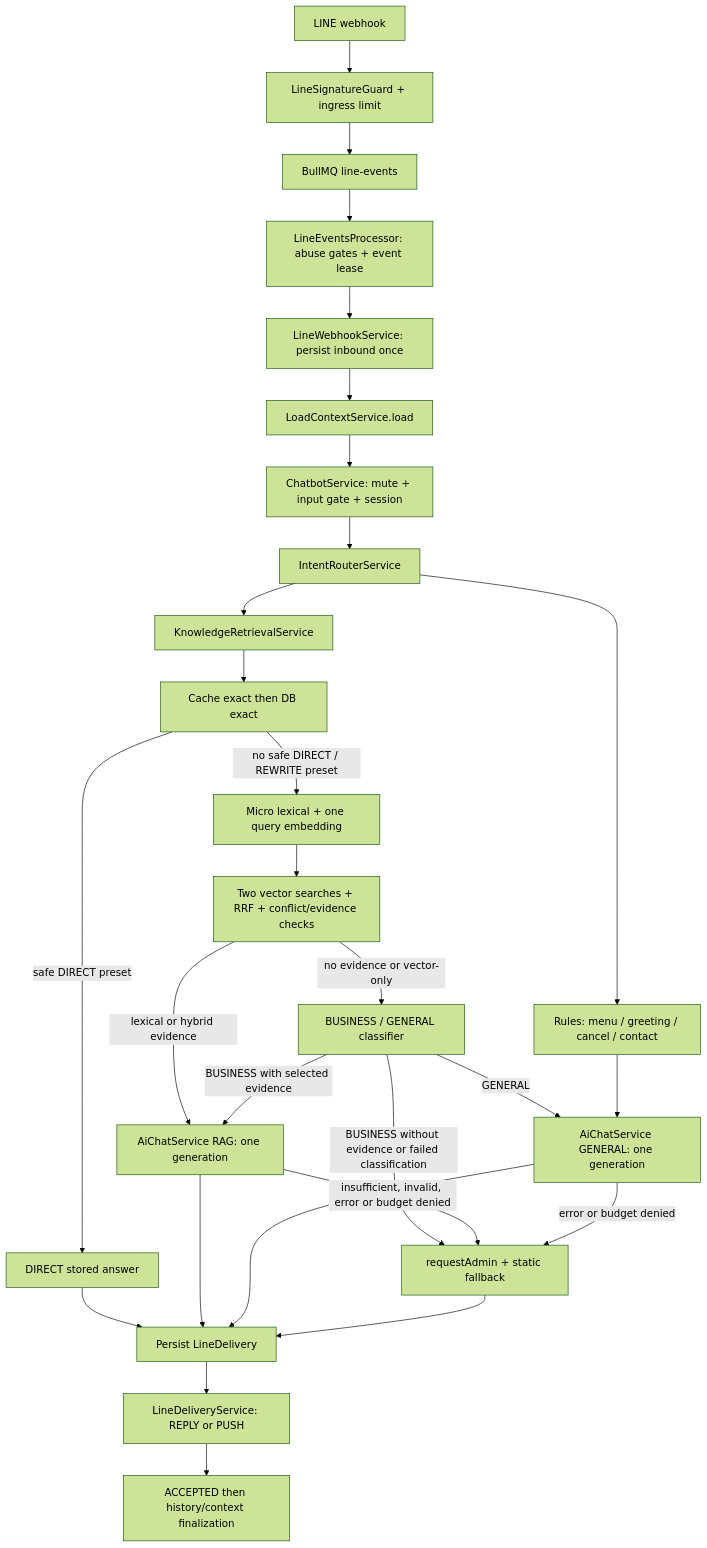
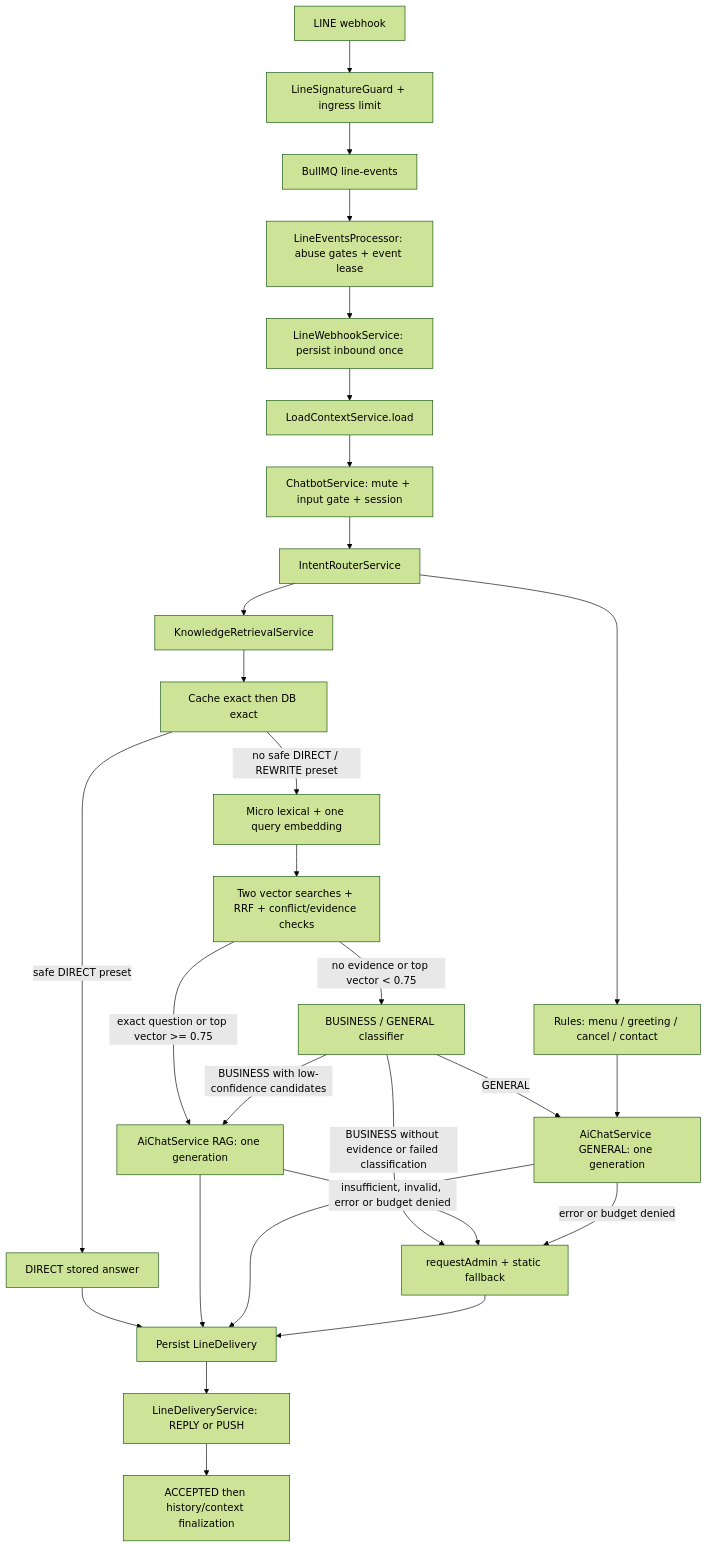
Before and after one commit to Codeine999/chatbot-agents: the diagram in docs/ai-chatbot-architecture.md, drawn with Mermaid (forest theme). The commit also changed other lines of this file and 6 other files, not shown here.

````diff
--- a/docs/ai-chatbot-architecture.md
+++ b/docs/ai-chatbot-architecture.md
@@ -11,30 +11,30 @@
 ```mermaid
 flowchart TD
   A[LINE webhook] --> B[LineSignatureGuard + ingress limit]
   B --> C[BullMQ line-events]
   C --> D[LineEventsProcessor: abuse gates + event lease]
   D --> E[LineWebhookService: persist inbound once]
   E --> F[LoadContextService.load]
   F --> G[ChatbotService: mute + input gate + session]
   G --> H[IntentRouterService]
   H --> I[Rules: menu / greeting / cancel / contact]
   H --> J[KnowledgeRetrievalService]
   J --> K[Cache exact then DB exact]
   K -->|safe DIRECT preset| L[DIRECT stored answer]
   K -->|no safe DIRECT / REWRITE preset| M[Micro lexical + one query embedding]
   M --> N[Two vector searches + RRF + conflict/evidence checks]
-  N -->|lexical or hybrid evidence| O[AiChatService RAG: one generation]
-  N -->|no evidence or vector-only| P[BUSINESS / GENERAL classifier]
+  N -->|exact question or top vector >= 0.75| O[AiChatService RAG: one generation]
+  N -->|no evidence or top vector < 0.75| P[BUSINESS / GENERAL classifier]
   P -->|GENERAL| Q[AiChatService GENERAL: one generation]
-  P -->|BUSINESS with selected evidence| O
+  P -->|BUSINESS with low-confidence candidates| O
   P -->|BUSINESS without evidence or failed classification| R[requestAdmin + static fallback]
   O -->|insufficient, invalid, error or budget denied| R
   Q -->|error or budget denied| R
   I --> Q
   L --> S[Persist LineDelivery]
   O --> S
   Q --> S
   R --> S
   S --> T[LineDeliveryService: REPLY or PUSH]
   T --> U[ACCEPTED then history/context finalization]
 ```
````
